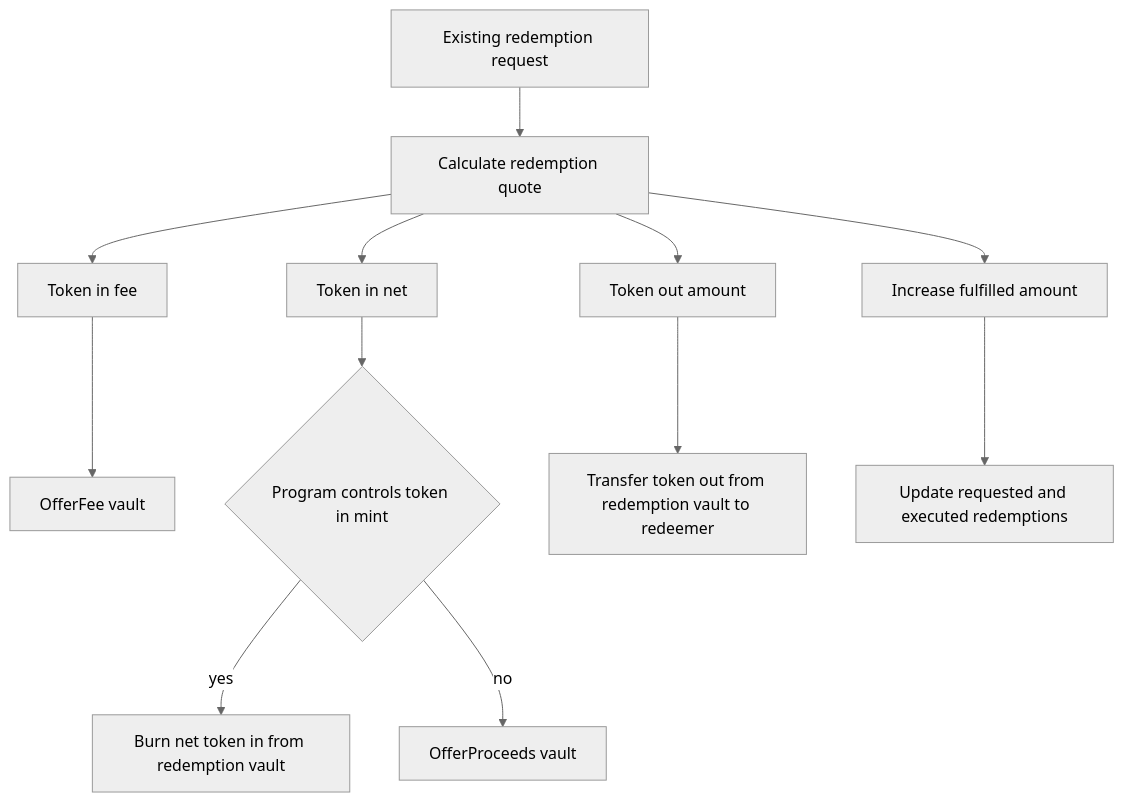
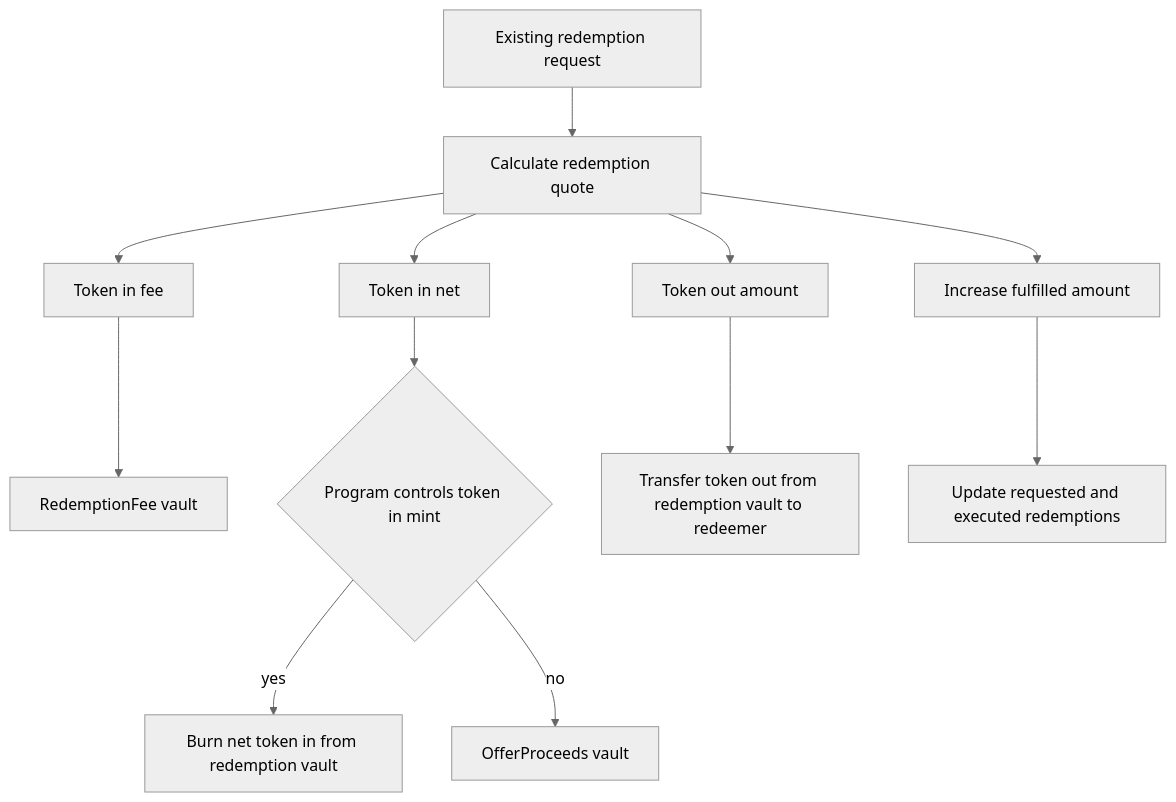
One commit to talllo/onre-sol-fuzz changed the fifth of 8 diagrams in docs/TOKEN_FLOW_ROUTING.md. Above: the diagram before and after it, drawn with Mermaid (neutral theme). The commit also changed other lines of this file and 3 other files, not shown here.

Commit message:
Expose prop amm sell fee in redemption CLI

````diff
--- a/docs/TOKEN_FLOW_ROUTING.md
+++ b/docs/TOKEN_FLOW_ROUTING.md
@@ -141,18 +144,18 @@
 ```mermaid
 flowchart TD
     Request[Existing redemption request] --> Calc[Calculate redemption quote]
     Calc --> Fee[Token in fee]
     Calc --> Net[Token in net]
     Calc --> Out[Token out amount]
 
-    Fee --> OfferFee[OfferFee vault]
+    Fee --> RedemptionFee[RedemptionFee vault]
 
     Net --> InMintMode{Program controls token in mint}
     InMintMode -- yes --> Burn[Burn net token in from redemption vault]
     InMintMode -- no --> OfferProceeds[OfferProceeds vault]
 
     Out --> Pay[Transfer token out from redemption vault to redeemer]
 
     Calc --> RequestUpdate[Increase fulfilled amount]
     RequestUpdate --> OfferCounters[Update requested and executed redemptions]
 ```
````
